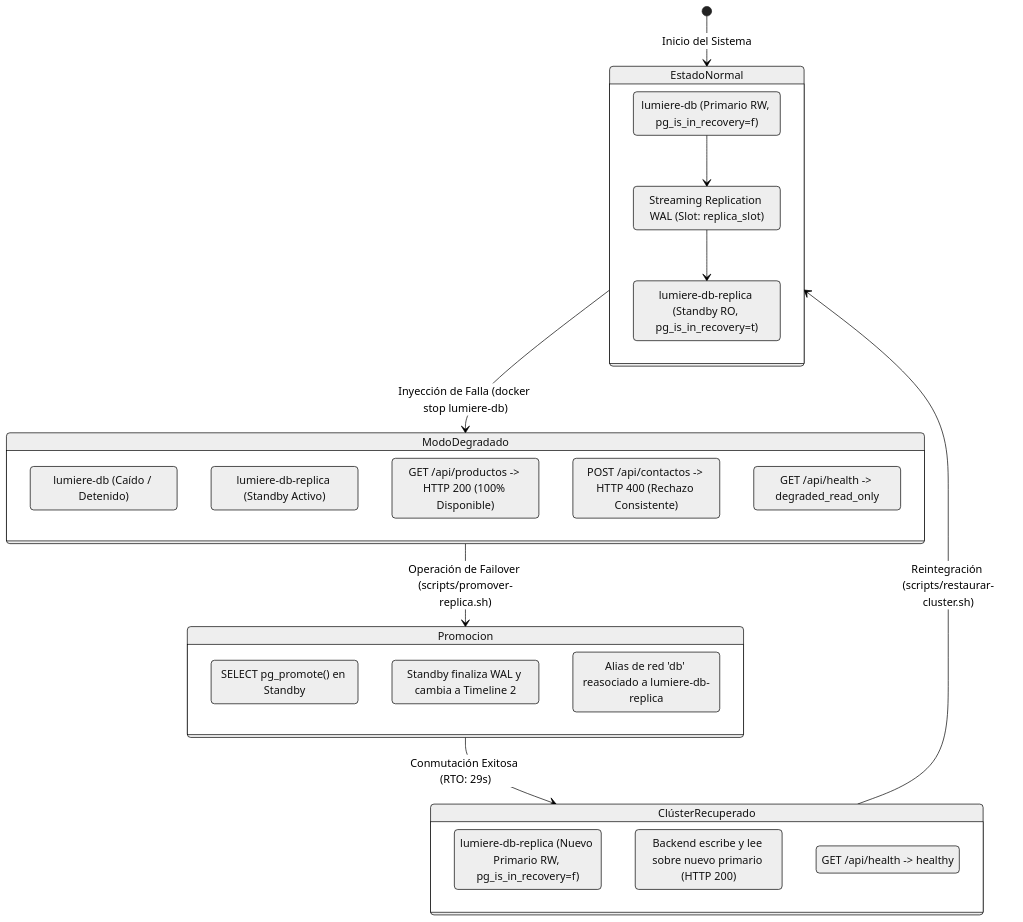
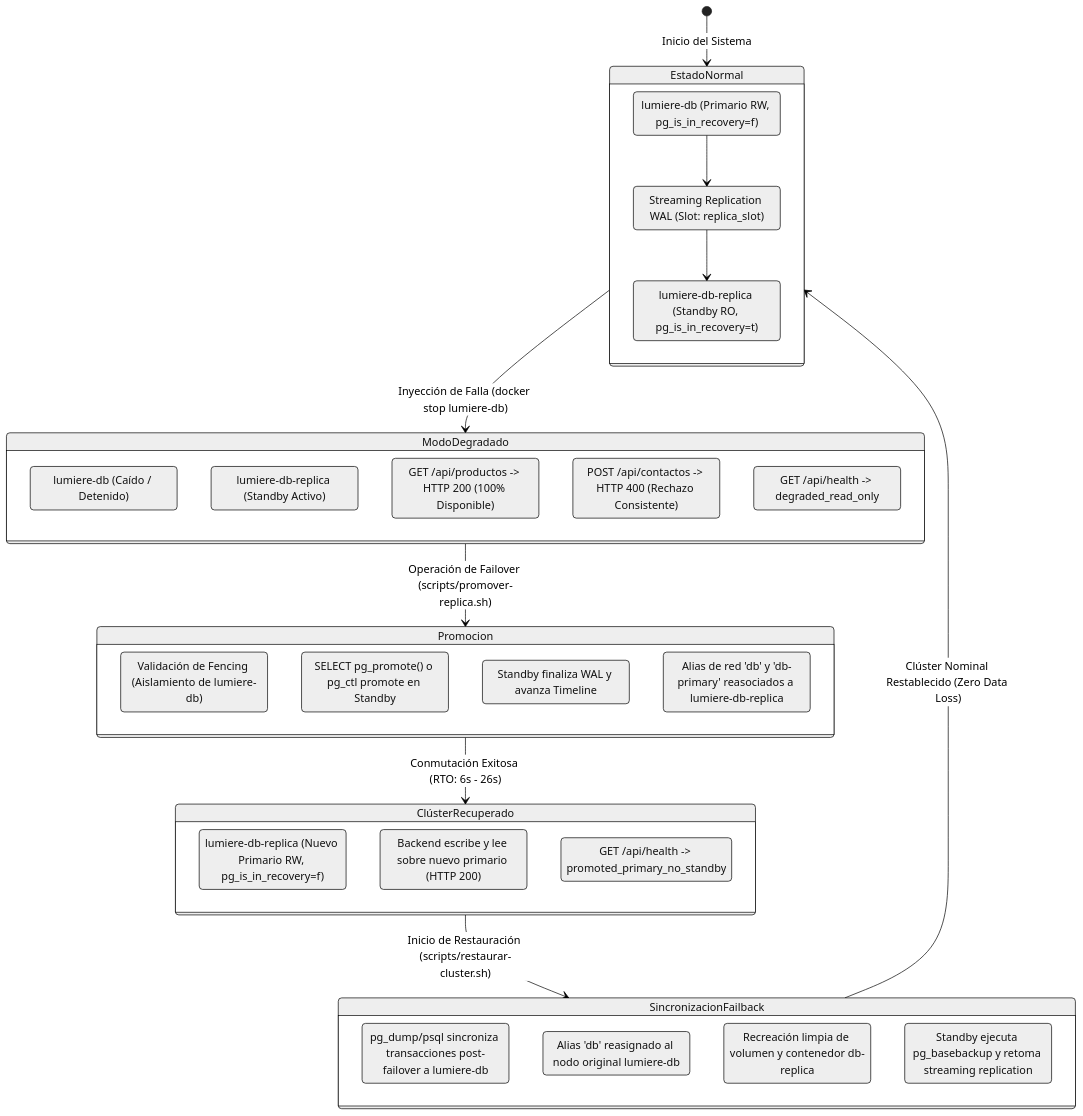
Before and after one commit to RicardoJulianFlores/TP-FINAL-HIA: the diagram in docs/informe-failover.md, drawn with Mermaid (neutral theme). The commit also changed other lines of this file and 9 other files, not shown here.

Commit message:
feat(failover): corregir perdida de datos en failback, agregar soporte pg_ctl y estado de salud enriquecido

````diff
--- a/docs/informe-failover.md
+++ b/docs/informe-failover.md
@@ -32,40 +33,50 @@
 ```mermaid
 stateDiagram-v2
     [*] --> EstadoNormal: Inicio del Sistema
     
     state EstadoNormal {
         Primario_OK: lumiere-db (Primario RW, pg_is_in_recovery=f)
         Replica_OK: lumiere-db-replica (Standby RO, pg_is_in_recovery=t)
         WAL_Stream: Streaming Replication WAL (Slot: replica_slot)
         Primario_OK --> WAL_Stream
         WAL_Stream --> Replica_OK
     }
 
     EstadoNormal --> ModoDegradado: Inyección de Falla (docker stop lumiere-db)
 
     state ModoDegradado {
         Primario_Down: lumiere-db (Caído / Detenido)
         Replica_Active: lumiere-db-replica (Standby Activo)
         Lecturas_OK: GET /api/productos -> HTTP 200 (100% Disponible)
         Escrituras_Blocked: POST /api/contactos -> HTTP 400 (Rechazo Consistente)
         Health_Degraded: GET /api/health -> degraded_read_only
     }
 
     ModoDegradado --> Promocion: Operación de Failover (scripts/promover-replica.sh)
 
     state Promocion {
-        Execute_Promote: SELECT pg_promote() en Standby
-        Exit_Recovery: Standby finaliza WAL y cambia a Timeline 2
-        Reroute_Network: Alias de red 'db' reasociado a lumiere-db-replica
+        Fencing_Check: Validación de Fencing (Aislamiento de lumiere-db)
+        Execute_Promote: SELECT pg_promote() o pg_ctl promote en Standby
+        Exit_Recovery: Standby finaliza WAL y avanza Timeline
+        Reroute_Network: Alias de red 'db' y 'db-primary' reasociados a lumiere-db-replica
     }
 
-    Promocion --> ClústerRecuperado: Conmutación Exitosa (RTO: 29s)
+    Promocion --> ClústerRecuperado: Conmutación Exitosa (RTO: 6s - 26s)
 
     state ClústerRecuperado {
         New_Primary: lumiere-db-replica (Nuevo Primario RW, pg_is_in_recovery=f)
         Backend_Restored: Backend escribe y lee sobre nuevo primario (HTTP 200)
-        Health_Healthy: GET /api/health -> healthy
+        Health_Promoted: GET /api/health -> promoted_primary_no_standby
     }
 
-    ClústerRecuperado --> EstadoNormal: Reintegración (scripts/restaurar-cluster.sh)
+    ClústerRecuperado --> SincronizacionFailback: Inicio de Restauración (scripts/restaurar-cluster.sh)
+
+    state SincronizacionFailback {
+        Sync_Delta: pg_dump/psql sincroniza transacciones post-failover a lumiere-db
+        Restore_Aliases: Alias 'db' reasignado al nodo original lumiere-db
+        Rebuild_Standby: Recreación limpia de volumen y contenedor db-replica
+        Re_Stream: Standby ejecuta pg_basebackup y retoma streaming replication
+    }
+
+    SincronizacionFailback --> EstadoNormal: Clúster Nominal Restablecido (Zero Data Loss)
 ```
````
